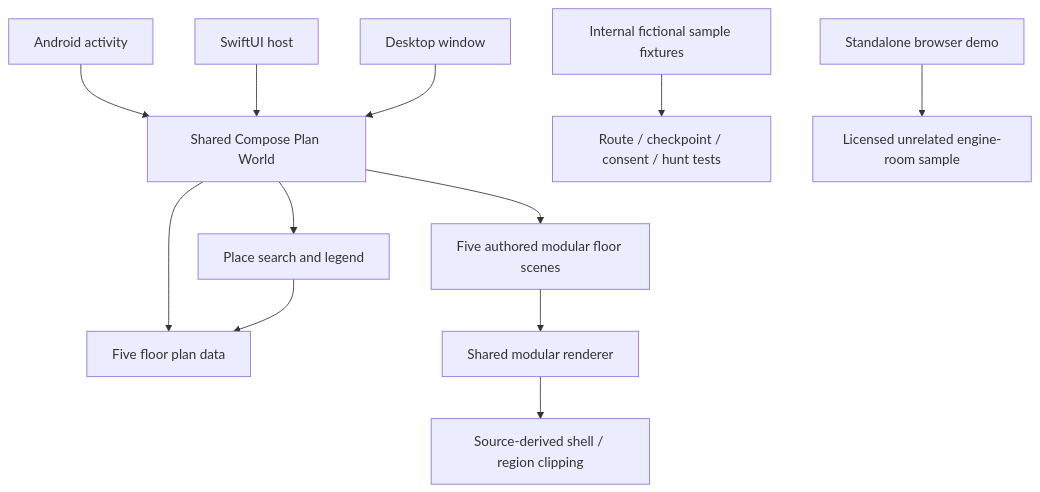
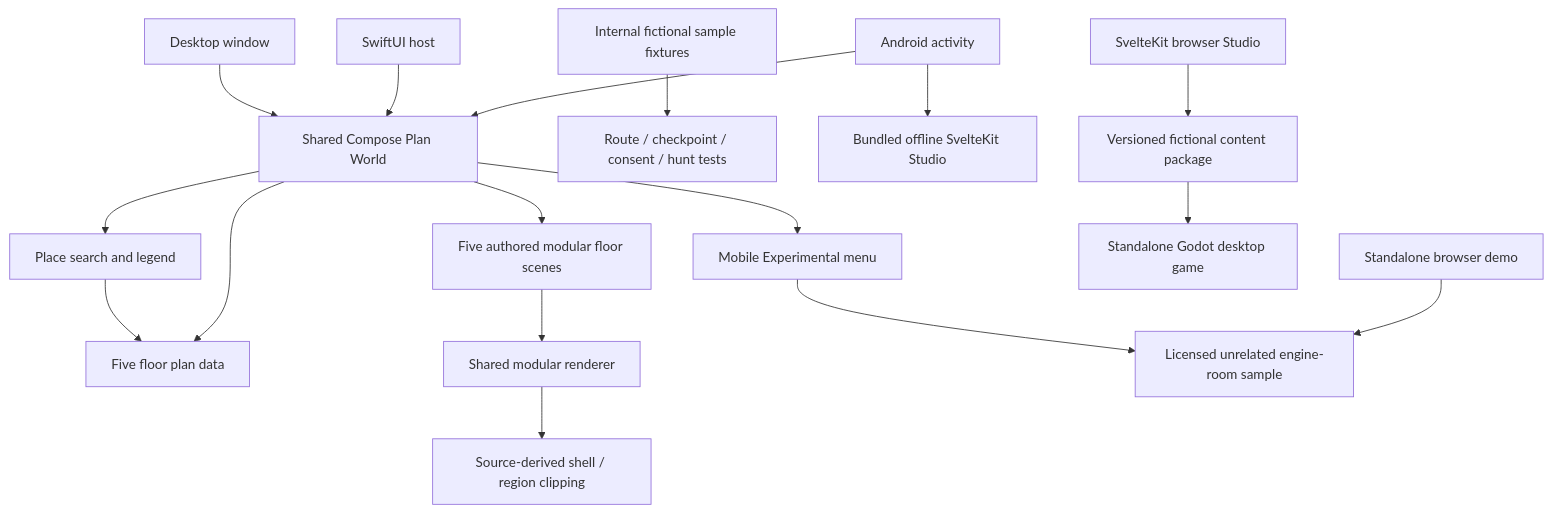
The diagram in docs/ARCHITECTURE.md (e-mric/BeThereCentral), drawn with Mermaid before and after one commit. The commit also changed other lines of this file and 20 other files, not shown here.

````diff
--- a/docs/ARCHITECTURE.md
+++ b/docs/ARCHITECTURE.md
@@ -11,14 +11,19 @@
 ```mermaid
 flowchart TD
     Android[Android activity] --> UI[Shared Compose Plan World]
     iOS[SwiftUI host] --> UI
     Desktop[Desktop window] --> UI
     UI --> Plans[Five floor plan data]
     UI --> Search[Place search and legend]
     Search --> Plans
     UI --> Floors[Five authored modular floor scenes]
     Floors --> Renderer[Shared modular renderer]
     Renderer --> Mask[Source-derived shell / region clipping]
     Legacy[Internal fictional sample fixtures] --> LegacyTests[Route / checkpoint / consent / hunt tests]
     Browser[Standalone browser demo] --> Viewer[Licensed unrelated engine-room sample]
+    UI --> Experimental[Mobile Experimental menu]
+    Experimental --> Viewer
+    Android --> OfflineStudio[Bundled offline SvelteKit Studio]
+    Studio[SvelteKit browser Studio] --> Content[Versioned fictional content package]
+    Content --> Game[Standalone Godot desktop game]
 ```
````
